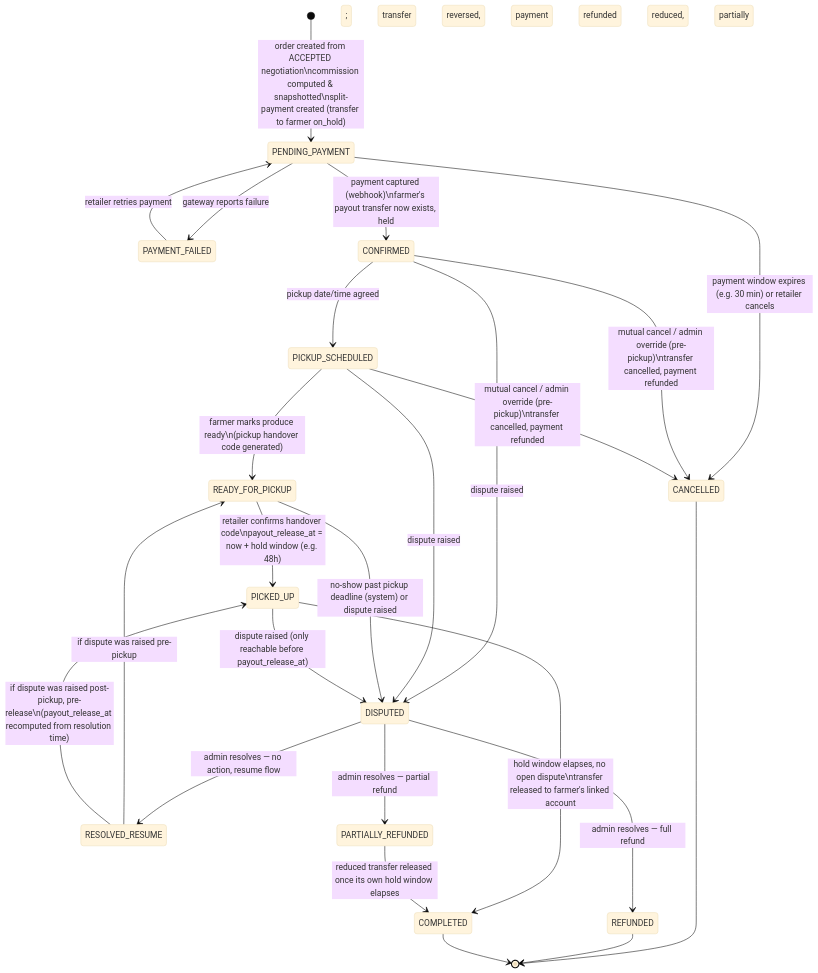
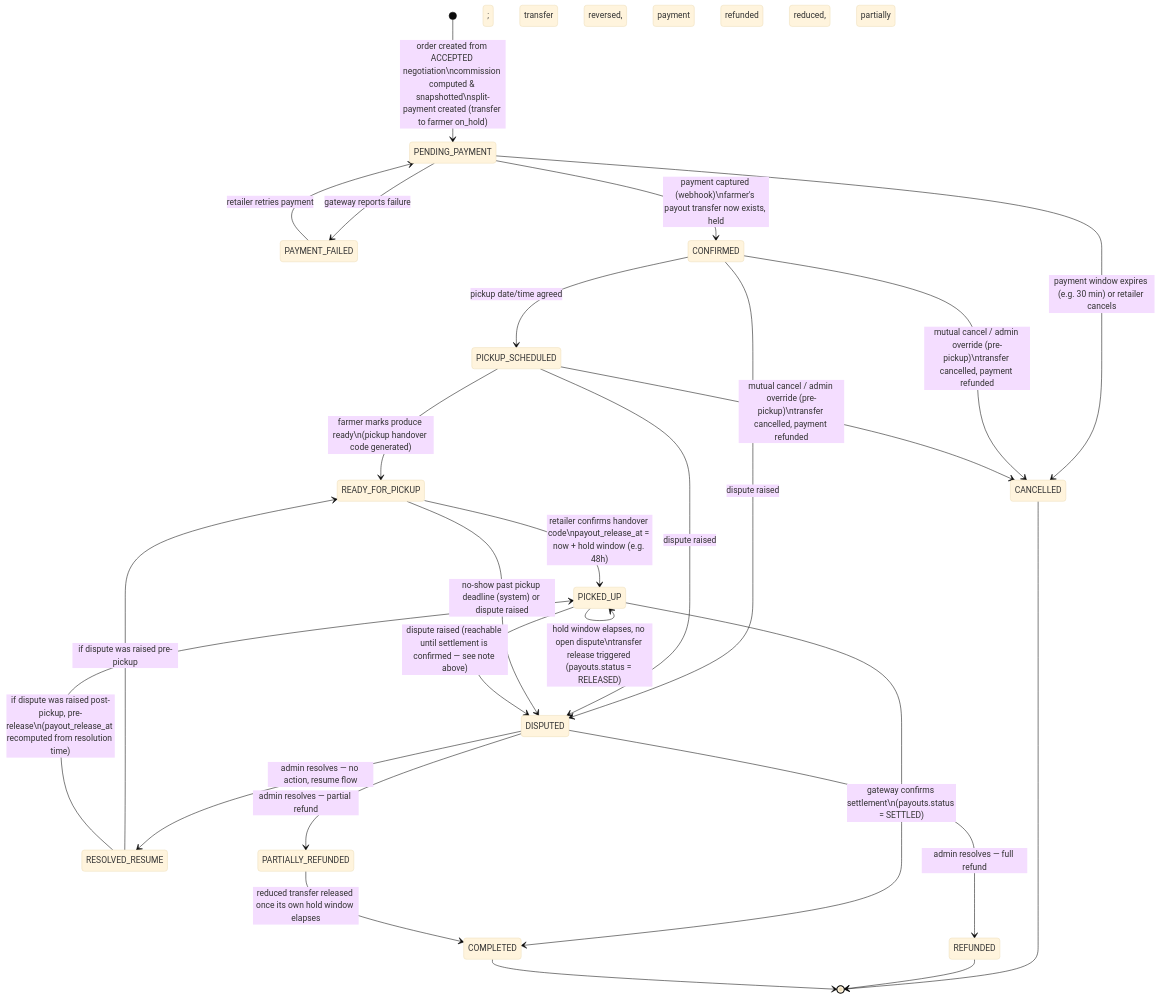
One commit to Riyas07/farmer_to_retailer changed the second of 2 diagrams in docs/order-state-machine.md. Above: the diagram before and after it, drawn with Mermaid (base theme). The commit also changed other lines of this file and 8 other files, not shown here.

````diff
--- a/docs/order-state-machine.md
+++ b/docs/order-state-machine.md
@@ -57,33 +62,34 @@
 ```mermaid
 stateDiagram-v2
     [*] --> PENDING_PAYMENT: order created from ACCEPTED negotiation\ncommission computed & snapshotted\nsplit-payment created (transfer to farmer on_hold)
     PENDING_PAYMENT --> PAYMENT_FAILED: gateway reports failure
     PAYMENT_FAILED --> PENDING_PAYMENT: retailer retries payment
     PENDING_PAYMENT --> CANCELLED: payment window expires (e.g. 30 min) or retailer cancels
     PENDING_PAYMENT --> CONFIRMED: payment captured (webhook)\nfarmer's payout transfer now exists, held
 
     CONFIRMED --> PICKUP_SCHEDULED: pickup date/time agreed
     PICKUP_SCHEDULED --> READY_FOR_PICKUP: farmer marks produce ready\n(pickup handover code generated)
     READY_FOR_PICKUP --> PICKED_UP: retailer confirms handover code\npayout_release_at = now + hold window (e.g. 48h)
-    PICKED_UP --> COMPLETED: hold window elapses, no open dispute\ntransfer released to farmer's linked account
+    PICKED_UP --> PICKED_UP: hold window elapses, no open dispute\ntransfer release triggered (payouts.status = RELEASED)
+    PICKED_UP --> COMPLETED: gateway confirms settlement\n(payouts.status = SETTLED)
 
     CONFIRMED --> CANCELLED: mutual cancel / admin override (pre-pickup)\ntransfer cancelled, payment refunded
     PICKUP_SCHEDULED --> CANCELLED: mutual cancel / admin override (pre-pickup)\ntransfer cancelled, payment refunded
 
     CONFIRMED --> DISPUTED: dispute raised
     PICKUP_SCHEDULED --> DISPUTED: dispute raised
     READY_FOR_PICKUP --> DISPUTED: no-show past pickup deadline (system) or dispute raised
-    PICKED_UP --> DISPUTED: dispute raised (only reachable before payout_release_at)
+    PICKED_UP --> DISPUTED: dispute raised (reachable until settlement is confirmed — see note above)
 
     DISPUTED --> RESOLVED_RESUME: admin resolves — no action, resume flow
     DISPUTED --> REFUNDED: admin resolves — full refund; transfer reversed, payment refunded
     DISPUTED --> PARTIALLY_REFUNDED: admin resolves — partial refund; transfer reduced, payment partially refunded
 
     RESOLVED_RESUME --> READY_FOR_PICKUP: if dispute was raised pre-pickup
     RESOLVED_RESUME --> PICKED_UP: if dispute was raised post-pickup, pre-release\n(payout_release_at recomputed from resolution time)
     PARTIALLY_REFUNDED --> COMPLETED: reduced transfer released once its own hold window elapses
 
     CANCELLED --> [*]
     REFUNDED --> [*]
     COMPLETED --> [*]
 ```
````
